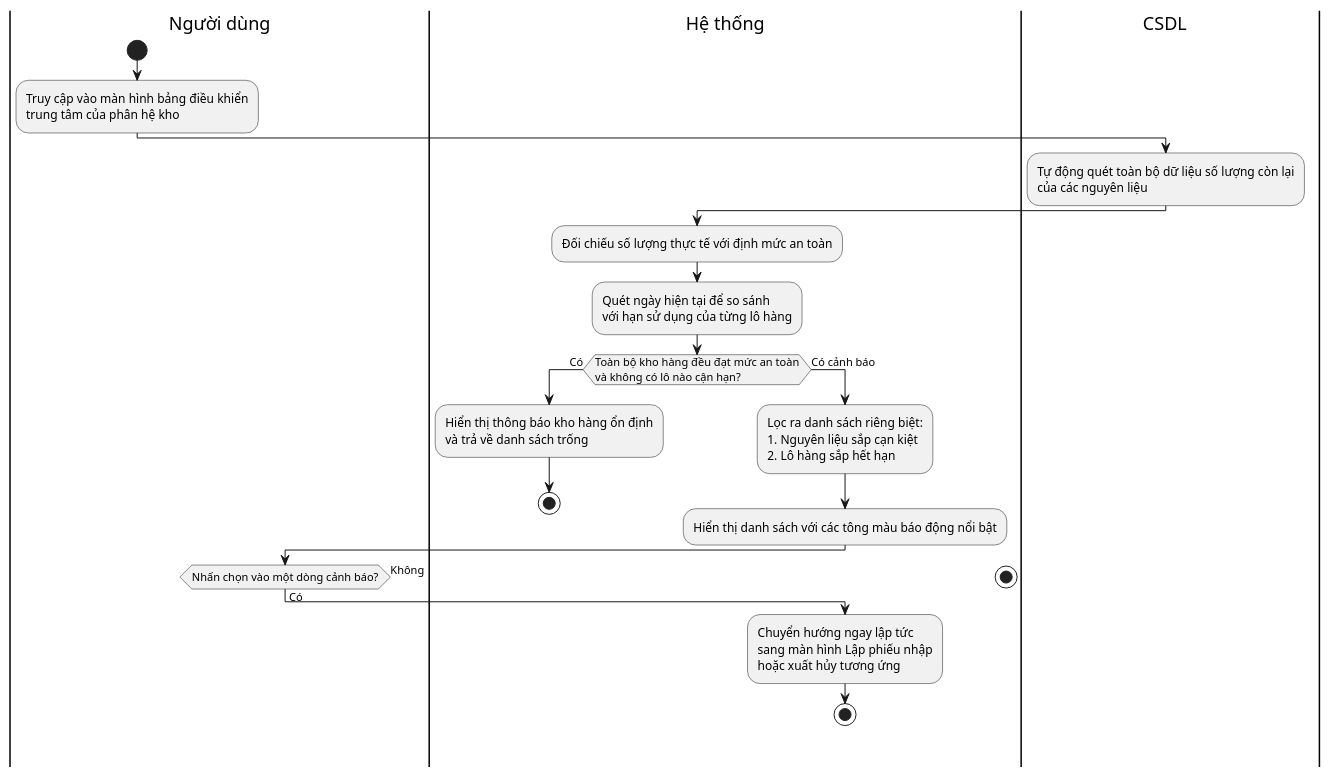
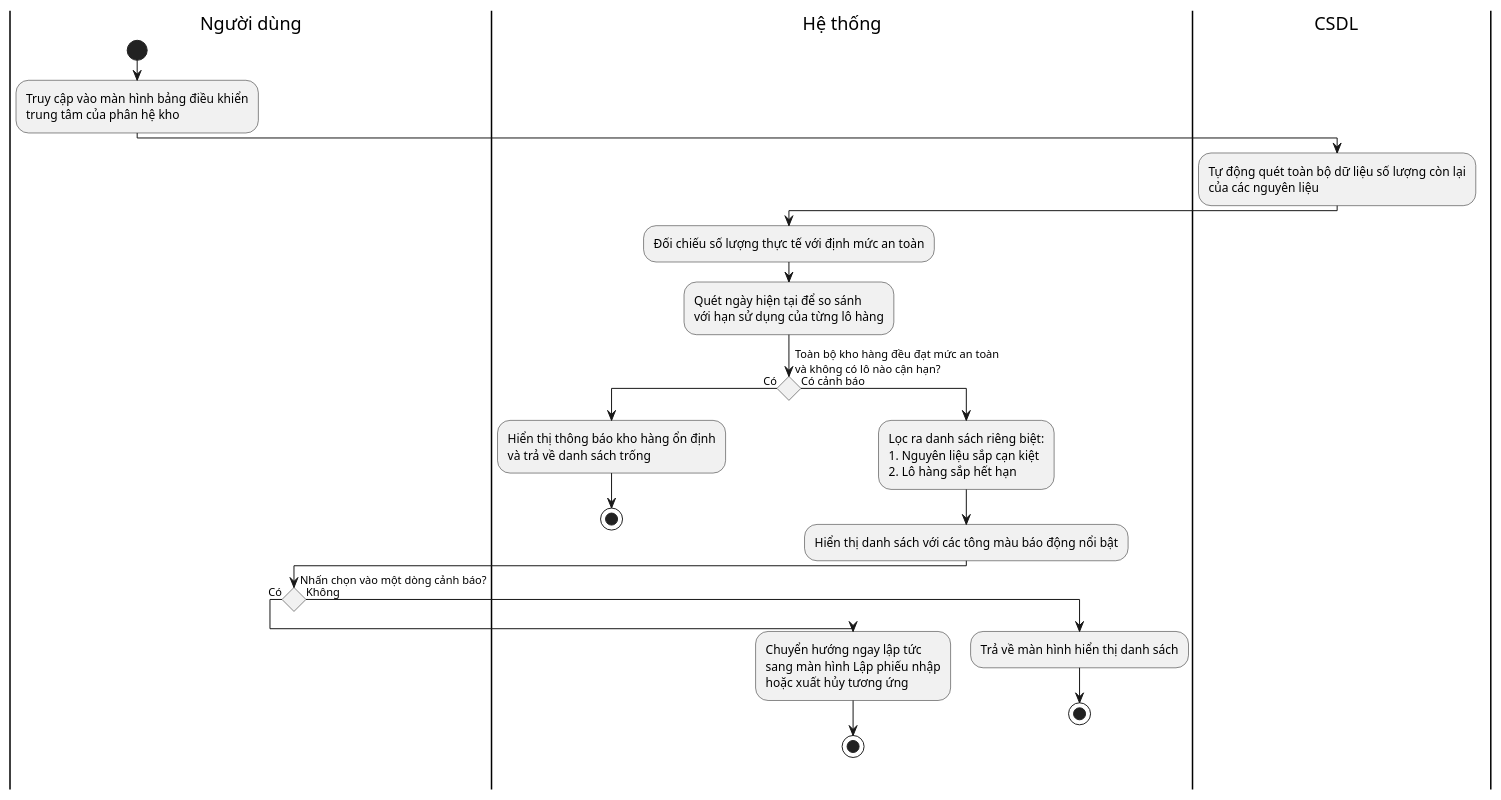
One commit to lancelotviendangkhoa710/IS-System-Development changed the diagram in activity_diagrams/28_CanhBaoTonKho.puml. Above: the diagram before and after it, drawn with PlantUML. The commit also changed 44 other files, not shown here.

```diff
--- a/activity_diagrams/28_CanhBaoTonKho.puml
+++ b/activity_diagrams/28_CanhBaoTonKho.puml
@@ -1,36 +1,39 @@
 @startuml
+skinparam conditionStyle diamond
 skinparam ranksep 80
 skinparam swimlaneWidth 140
 skinparam shadowing false
 skinparam ActivityShape rounded
 skinparam linetype ortho
 
 |Người dùng|
 |Hệ thống|
 |CSDL|
 
 |Người dùng|
 start
 :Truy cập vào màn hình bảng điều khiển\ntrung tâm của phân hệ kho;
 |Hệ thống|
 |CSDL|
 :Tự động quét toàn bộ dữ liệu số lượng còn lại\ncủa các nguyên liệu;
 |Hệ thống|
 :Đối chiếu số lượng thực tế với định mức an toàn;
 :Quét ngày hiện tại để so sánh\nvới hạn sử dụng của từng lô hàng;
 if (Toàn bộ kho hàng đều đạt mức an toàn\nvà không có lô nào cận hạn?) then (Có)
   :Hiển thị thông báo kho hàng ổn định\nvà trả về danh sách trống;
   stop
 else (Có cảnh báo)
   :Lọc ra danh sách riêng biệt:\n1. Nguyên liệu sắp cạn kiệt\n2. Lô hàng sắp hết hạn;
   :Hiển thị danh sách với các tông màu báo động nổi bật;
   |Người dùng|
   if (Nhấn chọn vào một dòng cảnh báo?) then (Có)
     |Hệ thống|
     :Chuyển hướng ngay lập tức\nsang màn hình Lập phiếu nhập\nhoặc xuất hủy tương ứng;
     stop
   else (Không)
+    |Hệ thống|
+    :Trả về màn hình hiển thị danh sách;
     stop
   endif
 endif
 @enduml
```
